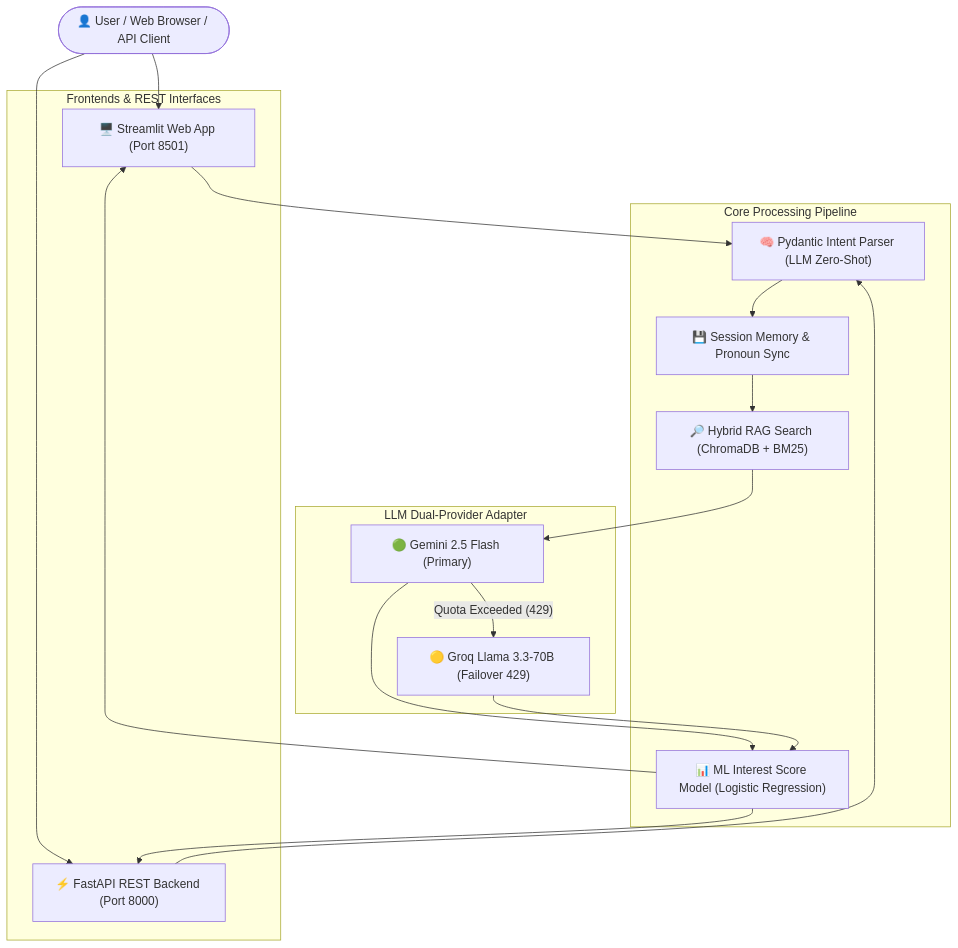
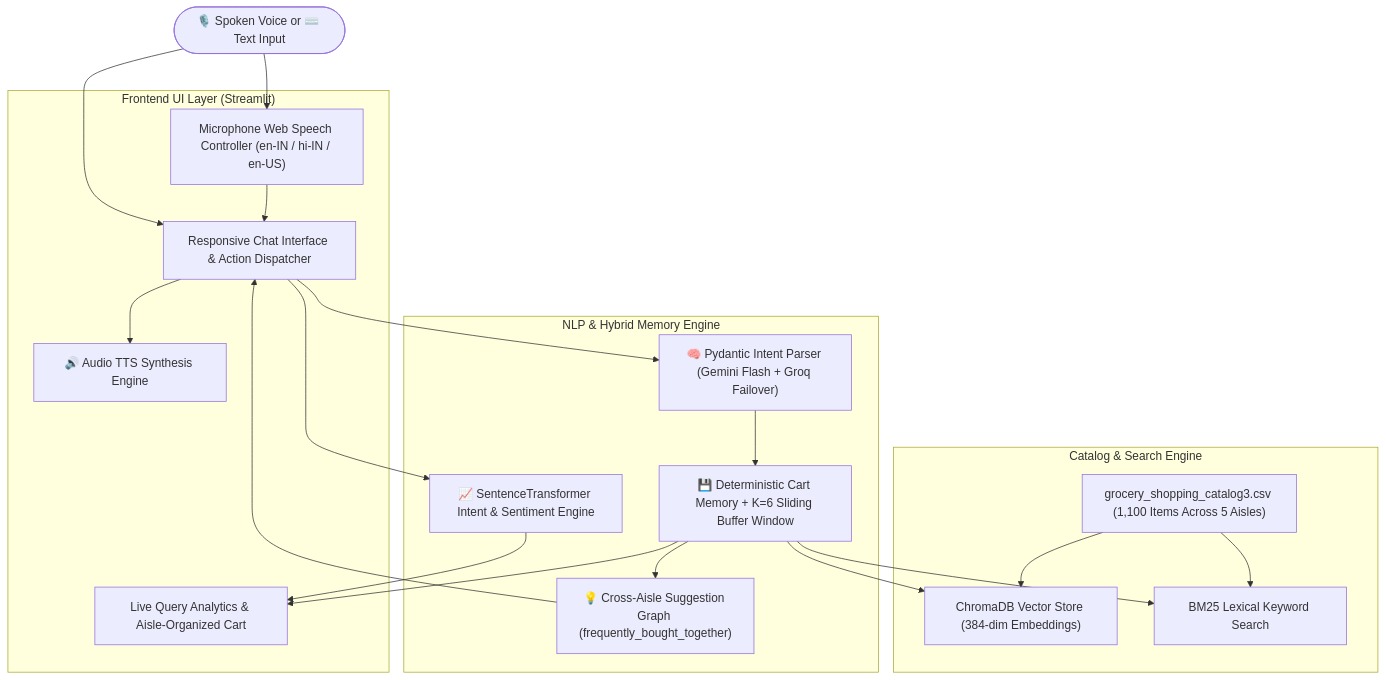
One commit to harshitttiwari/Cartpilot-AI changed the diagram in README.md. Above: the diagram before and after it, drawn with Mermaid. The commit also changed other lines of this file and 14 other files, not shown here.

Commit message:
feat: complete Cartpilot-AI Agentic Voice Command Shopping Assistant

````diff
--- a/README.md
+++ b/README.md
@@ -44,34 +59,40 @@
 ```mermaid
-graph TD
-    User([👤 User / Web Browser / API Client])
-
-    subgraph Frontends & REST Interfaces
-        UI["🖥️ Streamlit Web App (Port 8501)"]
-        API["⚡ FastAPI REST Backend (Port 8000)"]
+flowchart TD
+    User([🎙️ Spoken Voice or ⌨️ Text Input])
+    
+    subgraph UI_Layer ["Frontend UI Layer (Streamlit)"]
+        Mic["Microphone Web Speech Controller (en-IN / hi-IN / en-US)"]
+        Chat["Responsive Chat Interface & Action Dispatcher"]
+        Sidebar["Live Query Analytics & Aisle-Organized Cart"]
+        TTS["🔊 Audio TTS Synthesis Engine"]
     end
 
-    subgraph Core Processing Pipeline
-        Intent["🧠 Pydantic Intent Parser (LLM Zero-Shot)"]
-        Session["💾 Session Memory & Pronoun Sync"]
-        Hybrid["🔎 Hybrid RAG Search (ChromaDB + BM25)"]
-        Interest["📊 ML Interest Score Model (Logistic Regression)"]
+    subgraph NLP_Pipeline ["NLP & Hybrid Memory Engine"]
+        LLM_Parser["🧠 Pydantic Intent Parser (Gemini Flash + Groq Failover)"]
+        Memory["💾 Deterministic Cart Memory + K=6 Sliding Buffer Window"]
+        Graph["💡 Cross-Aisle Suggestion Graph (frequently_bought_together)"]
+        Engagement["📈 SentenceTransformer Intent & Sentiment Engine"]
     end
 
-    subgraph LLM Dual-Provider Adapter
-        Gemini["🟢 Gemini 2.5 Flash (Primary)"]
-        Groq["🟡 Groq Llama 3.3-70B (Failover 429)"]
+    subgraph Storage_Engine ["Catalog & Search Engine"]
+        Chroma["ChromaDB Vector Store (384-dim Embeddings)"]
+        BM25["BM25 Lexical Keyword Search"]
+        CSV["grocery_shopping_catalog3.csv (1,100 Items Across 5 Aisles)"]
     end
 
-    User --> UI
-    User --> API
-    UI --> Intent
-    API --> Intent
-    Intent --> Session
-    Session --> Hybrid
-    Hybrid --> Gemini
-    Gemini -- Quota Exceeded (429) --> Groq
-    Gemini --> Interest
-    Groq --> Interest
-    Interest --> UI
-    Interest --> API
+    User --> Mic
+    User --> Chat
+    Mic --> Chat
+    Chat --> LLM_Parser
+    LLM_Parser --> Memory
+    Memory --> Chroma
+    Memory --> BM25
+    CSV --> Chroma
+    CSV --> BM25
+    Memory --> Graph
+    Chat --> Engagement
+    Engagement --> Sidebar
+    Memory --> Sidebar
+    Graph --> Chat
+    Chat --> TTS
 ```
````
